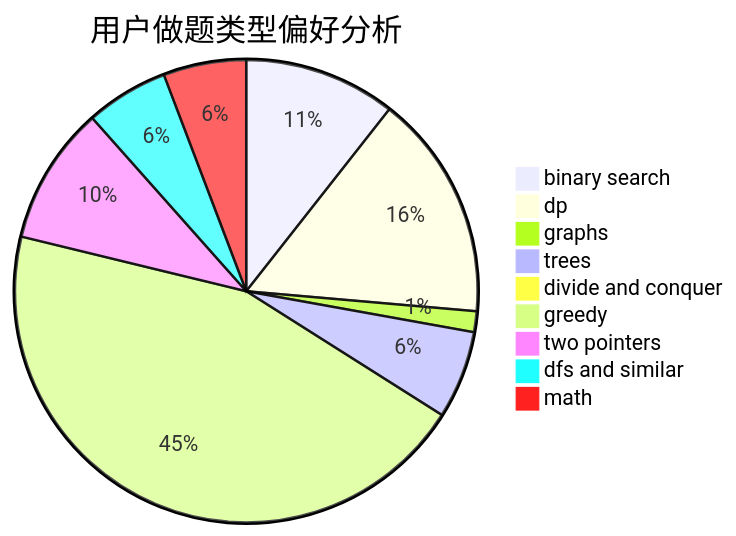
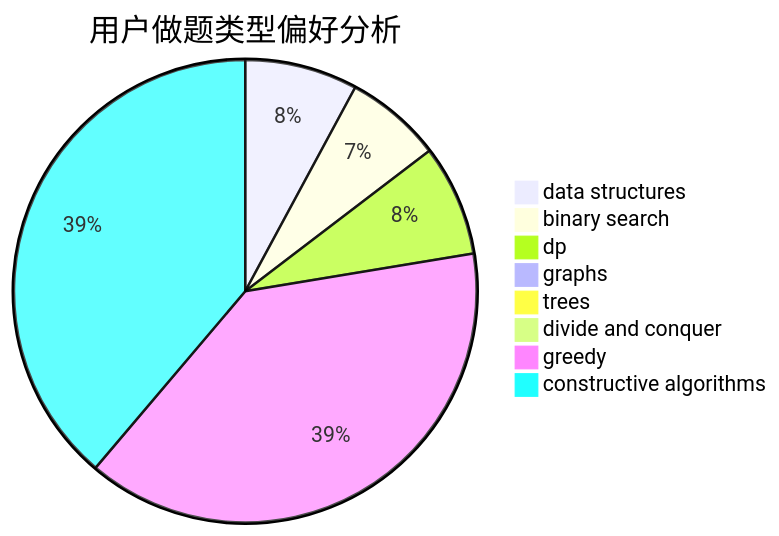
Before and after one commit to sherpahu/cfrs.github.io: the second of 3 diagrams in docs/user/u617.md, drawn with Mermaid. The commit also changed other lines of this file and 2775 other files, not shown here.

````diff
--- a/docs/user/u617.md
+++ b/docs/user/u617.md
@@ -23,12 +23,11 @@
 ```mermaid
 pie title 用户做题类型偏好分析
-    "binary search" :  88
-    "dp" :  131
-    "graphs" :  12
-    "trees" :  51
+    "data structures" :  70
+    "binary search" :  60
+    "dp" :  69
+    "graphs" :  4
+    "trees" :  0
     "divide and conquer" :  0
-    "greedy" :  372
-    "two pointers" :  80
-    "dfs and similar" :  48
-    "math" :  48
+    "greedy" :  345
+    "constructive algorithms" :  345
 ```
````
